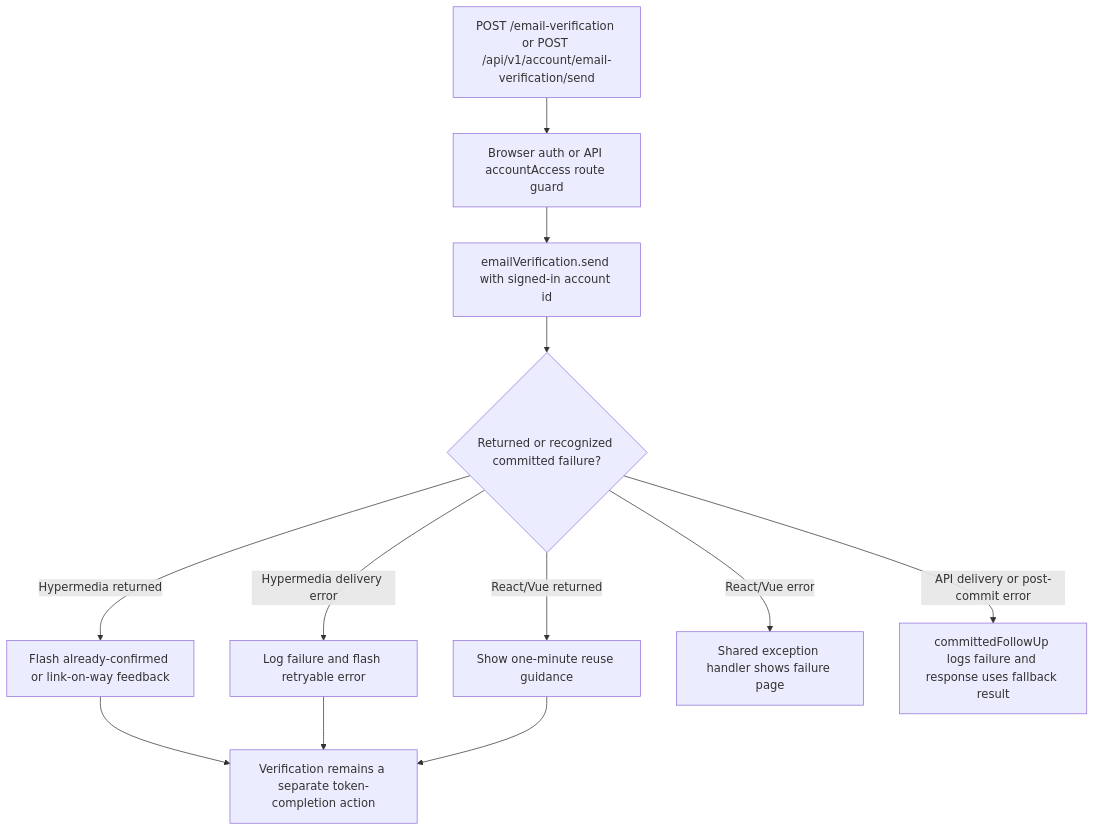
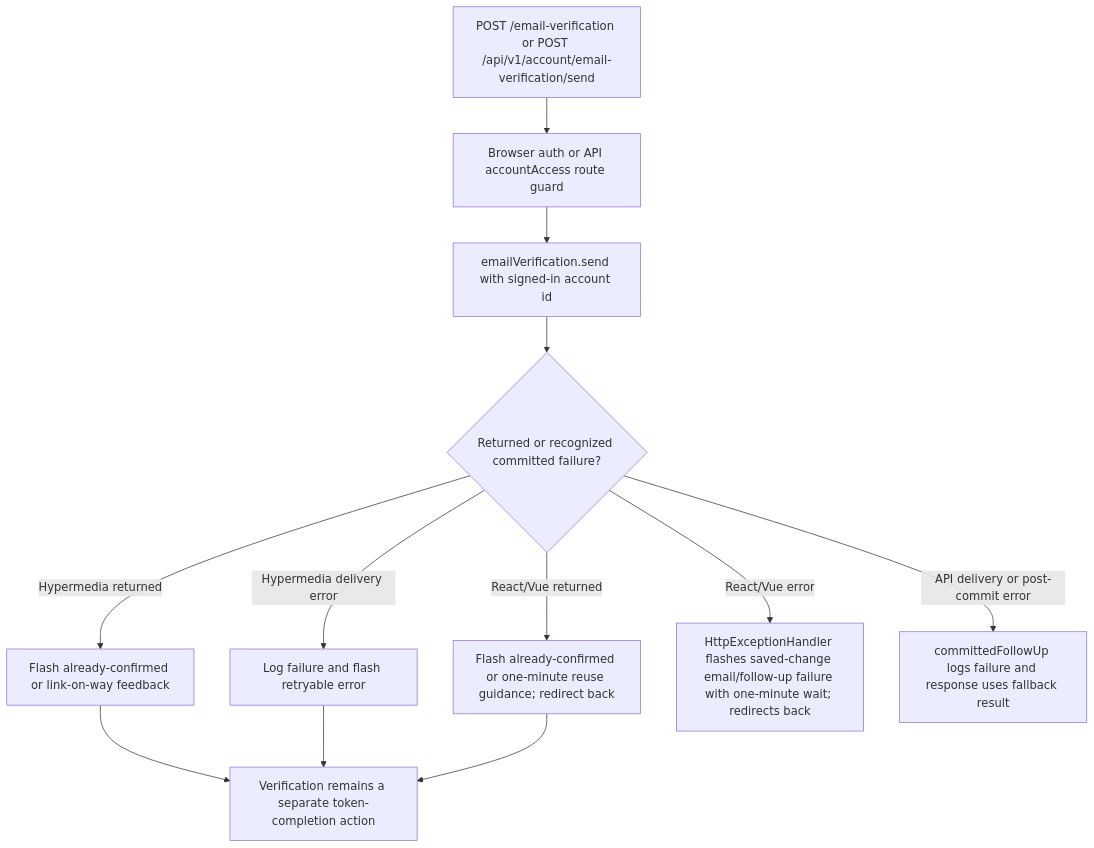
The second of 2 diagrams in user-stories/accounts/us-account-10-send-email-verification.md (Kevinjohn/oss-adonisjs-starter-examples), drawn with Mermaid before and after one commit. The commit also changed other lines of this file and 22 other files, not shown here.

````diff
--- a/user-stories/accounts/us-account-10-send-email-verification.md
+++ b/user-stories/accounts/us-account-10-send-email-verification.md
@@ -40,14 +40,14 @@
 ```mermaid
 flowchart TD
     A["POST /email-verification or POST /api/v1/account/email-verification/send"] --> B["Browser auth or API accountAccess route guard"]
     B --> C["emailVerification.send with signed-in account id"]
     C --> D{"Returned or recognized committed failure?"}
     D -->|Hypermedia returned| E["Flash already-confirmed or link-on-way feedback"]
     D -->|Hypermedia delivery error| F["Log failure and flash retryable error"]
-    D -->|React/Vue returned| G["Show one-minute reuse guidance"]
-    D -->|React/Vue error| H["Shared exception handler shows failure page"]
+    D -->|React/Vue returned| G["Flash already-confirmed or one-minute reuse guidance; redirect back"]
+    D -->|React/Vue error| H["HttpExceptionHandler flashes saved-change email/follow-up failure with one-minute wait; redirects back"]
     D -->|API delivery or post-commit error| I["committedFollowUp logs failure and response uses fallback result"]
     E --> J["Verification remains a separate token-completion action"]
     F --> J
     G --> J
 ```
````
